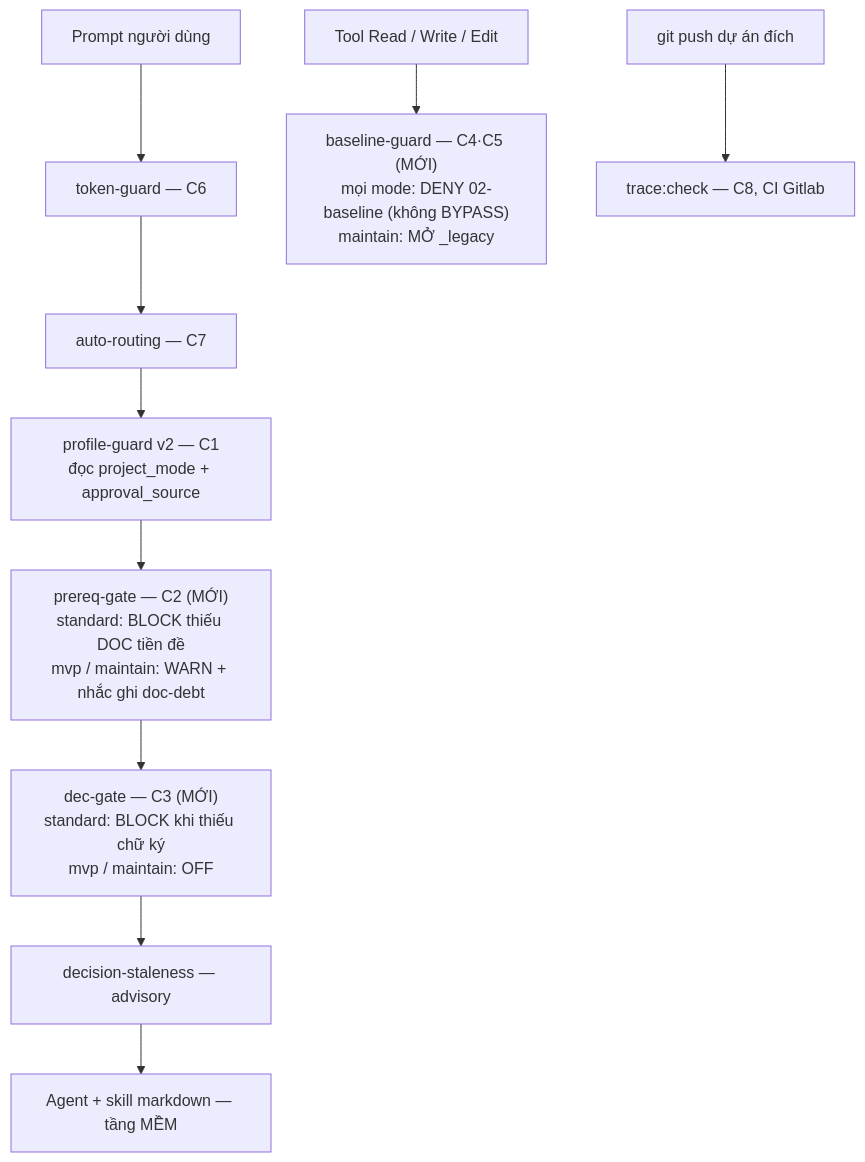
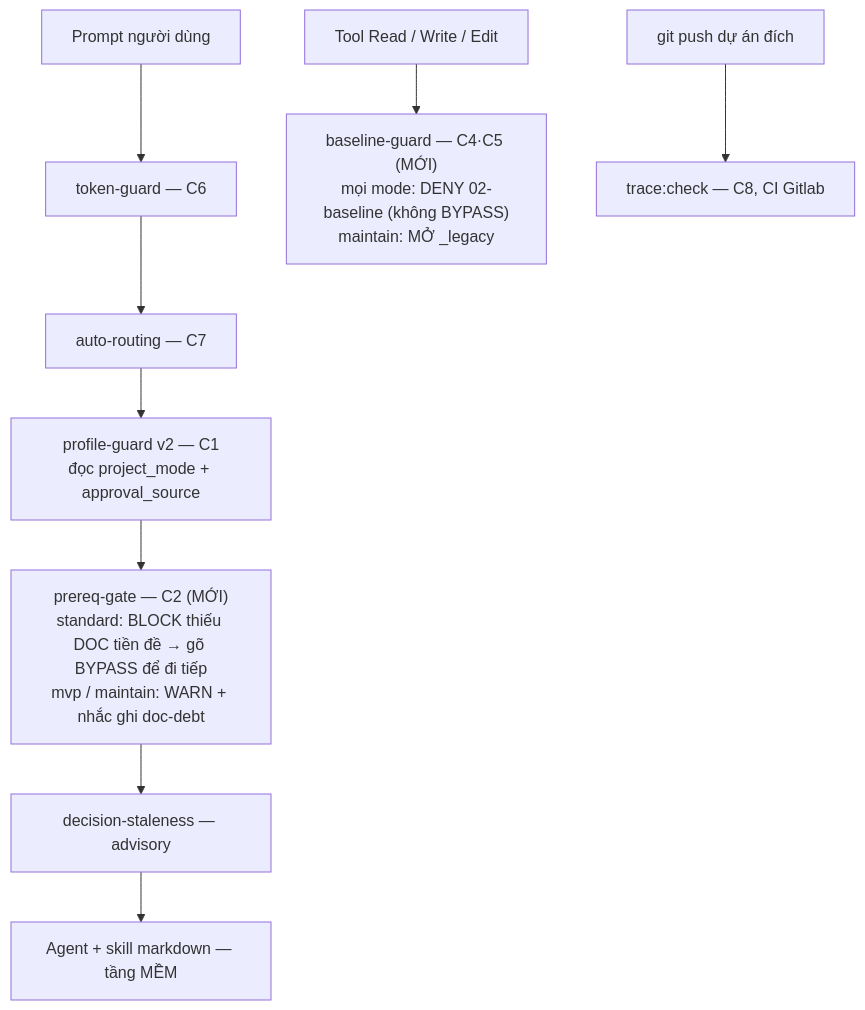
The second of 3 diagrams in ADRs/ADR-020-2026-08-20-minipower-3-che-do-du-an-gate-bang-hook.md (hoangnh2412/ai-skills), drawn with Mermaid before and after one commit. The commit also changed other lines of this file and 14 other files, not shown here.

````diff
--- a/ADRs/ADR-020-2026-08-20-minipower-3-che-do-du-an-gate-bang-hook.md
+++ b/ADRs/ADR-020-2026-08-20-minipower-3-che-do-du-an-gate-bang-hook.md
@@ -231,14 +245,13 @@
 ```mermaid
 flowchart TB
   P["Prompt người dùng"] --> A["token-guard — C6"]
   A --> B["auto-routing — C7"]
   B --> C["profile-guard v2 — C1<br/>đọc project_mode + approval_source"]
-  C --> D["prereq-gate — C2 (MỚI)<br/>standard: BLOCK thiếu DOC tiền đề<br/>mvp / maintain: WARN + nhắc ghi doc-debt"]
-  D --> E["dec-gate — C3 (MỚI)<br/>standard: BLOCK khi thiếu chữ ký<br/>mvp / maintain: OFF"]
-  E --> F["decision-staleness — advisory"]
+  C --> D["prereq-gate — C2 (MỚI)<br/>standard: BLOCK thiếu DOC tiền đề → gõ BYPASS để đi tiếp<br/>mvp / maintain: WARN + nhắc ghi doc-debt"]
+  D --> F["decision-staleness — advisory"]
   F --> G["Agent + skill markdown — tầng MỀM"]
 
   T["Tool Read / Write / Edit"] --> H["baseline-guard — C4·C5 (MỚI)<br/>mọi mode: DENY 02-baseline (không BYPASS)<br/>maintain: MỞ _legacy"]
 
   X["git push dự án đích"] --> CI["trace:check — C8, CI Gitlab"]
 ```
````
